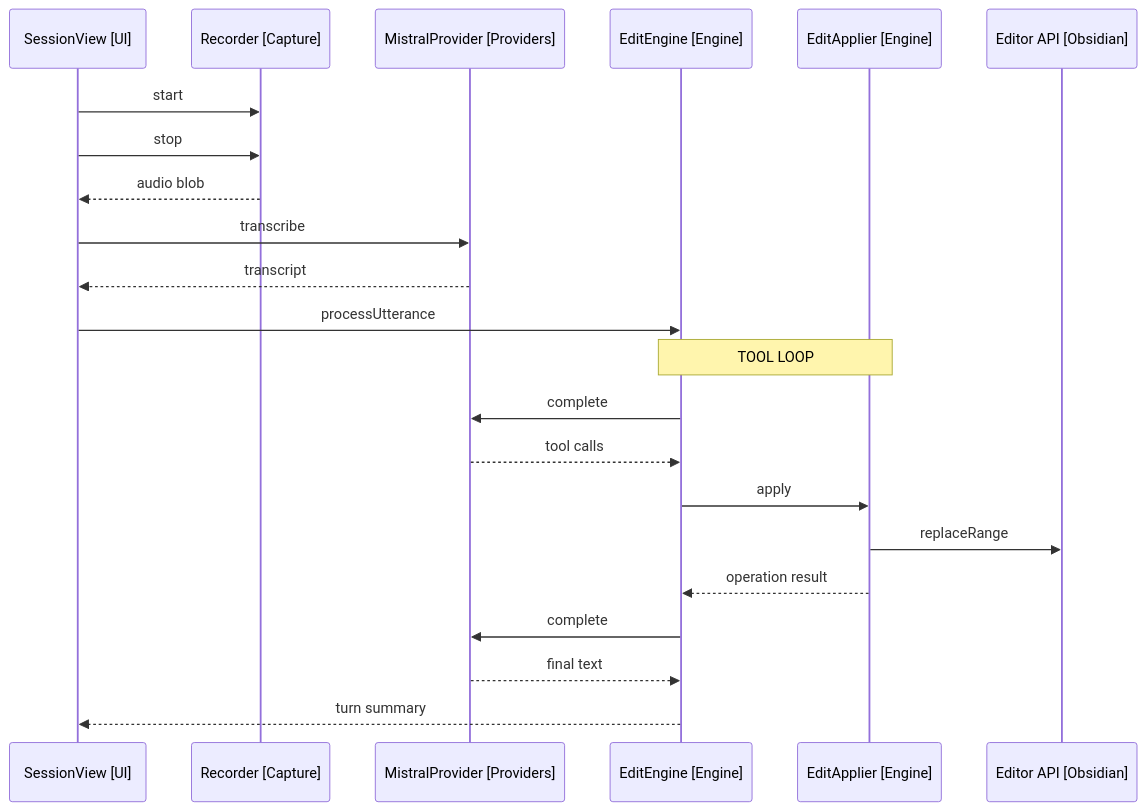
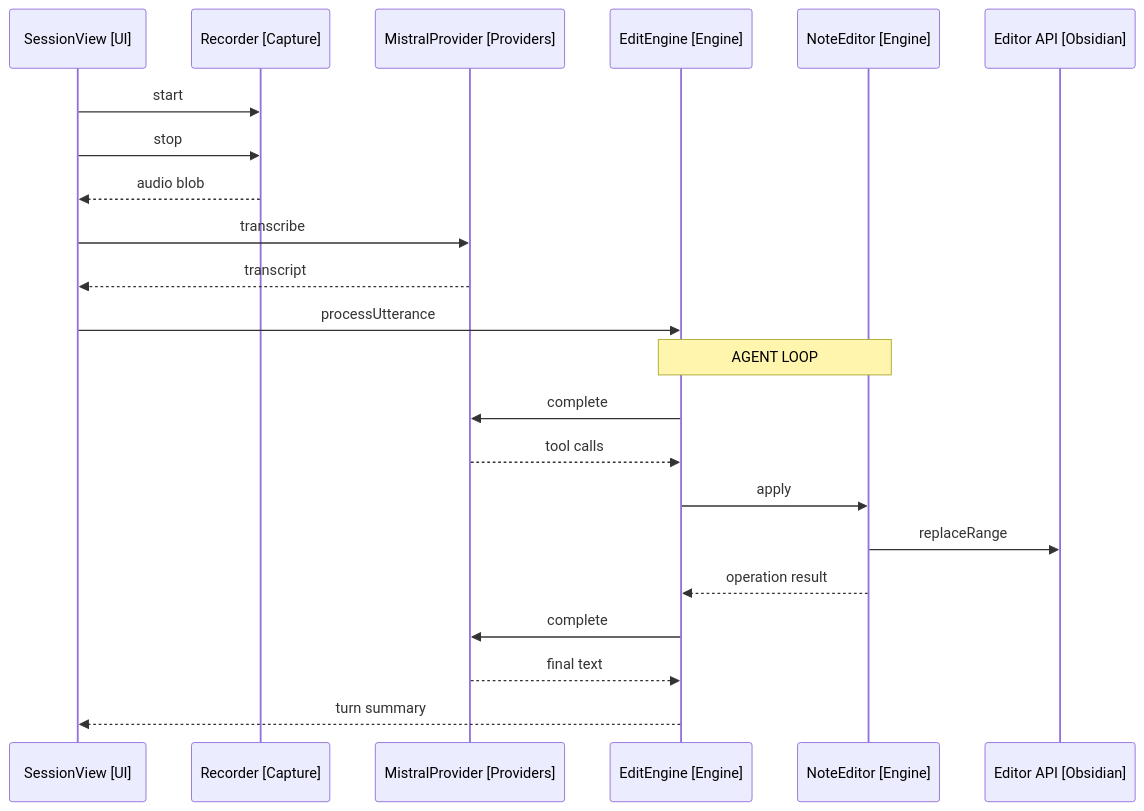
One commit to iparips/obsidian-owl changed the second of 3 diagrams in docs/spec/1-voice-note-editing/high-level-design/1-desktop-mvp.md. Above: the diagram before and after it, drawn with Mermaid. The commit also changed other lines of this file and 85 other files, not shown here.

````diff
--- a/docs/spec/1-voice-note-editing/high-level-design/1-desktop-mvp.md
+++ b/docs/spec/1-voice-note-editing/high-level-design/1-desktop-mvp.md
@@ -40,26 +40,26 @@
 ```mermaid
 sequenceDiagram
     participant View as SessionView [UI]
     participant Rec as Recorder [Capture]
     participant Prov as MistralProvider [Providers]
     participant Eng as EditEngine [Engine]
-    participant App as EditApplier [Engine]
+    participant App as NoteEditor [Engine]
     participant Ed as Editor API [Obsidian]
 
     View->>Rec: start
     View->>Rec: stop
     Rec-->>View: audio blob
     View->>Prov: transcribe
     Prov-->>View: transcript
     View->>Eng: processUtterance
 
-    Note over Eng,App: TOOL LOOP
+    Note over Eng,App: AGENT LOOP
     Eng->>Prov: complete
     Prov-->>Eng: tool calls
     Eng->>App: apply
     App->>Ed: replaceRange
     App-->>Eng: operation result
     Eng->>Prov: complete
     Prov-->>Eng: final text
     Eng-->>View: turn summary
 ```
````
